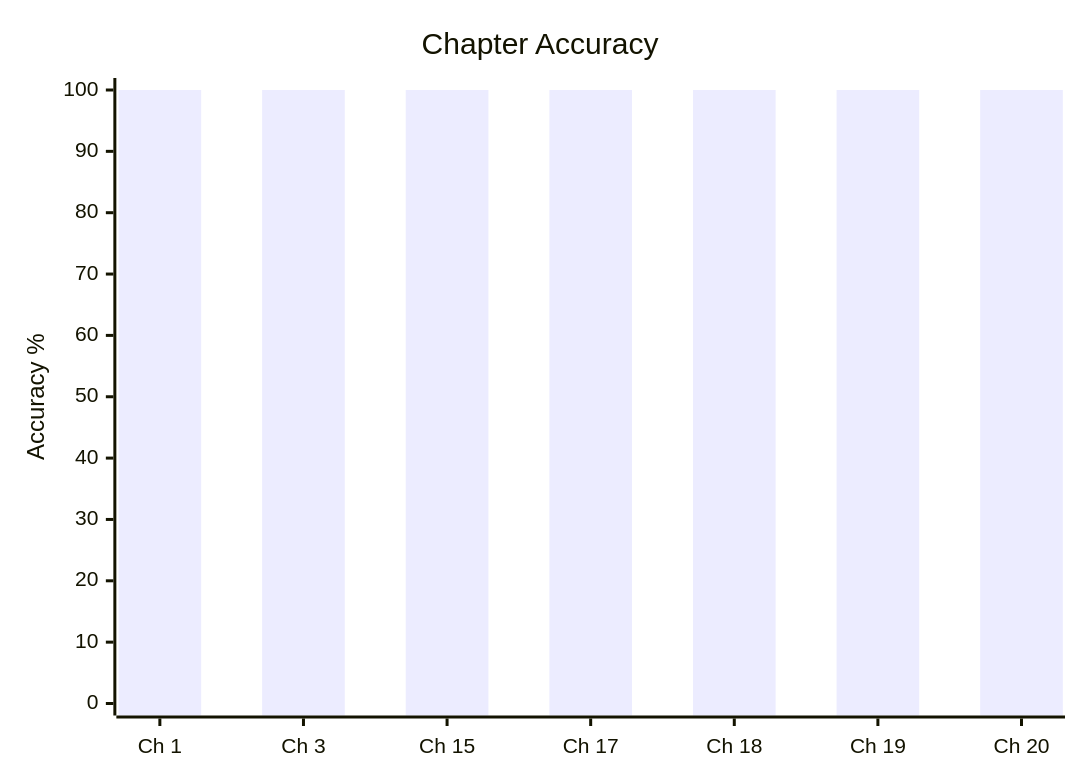
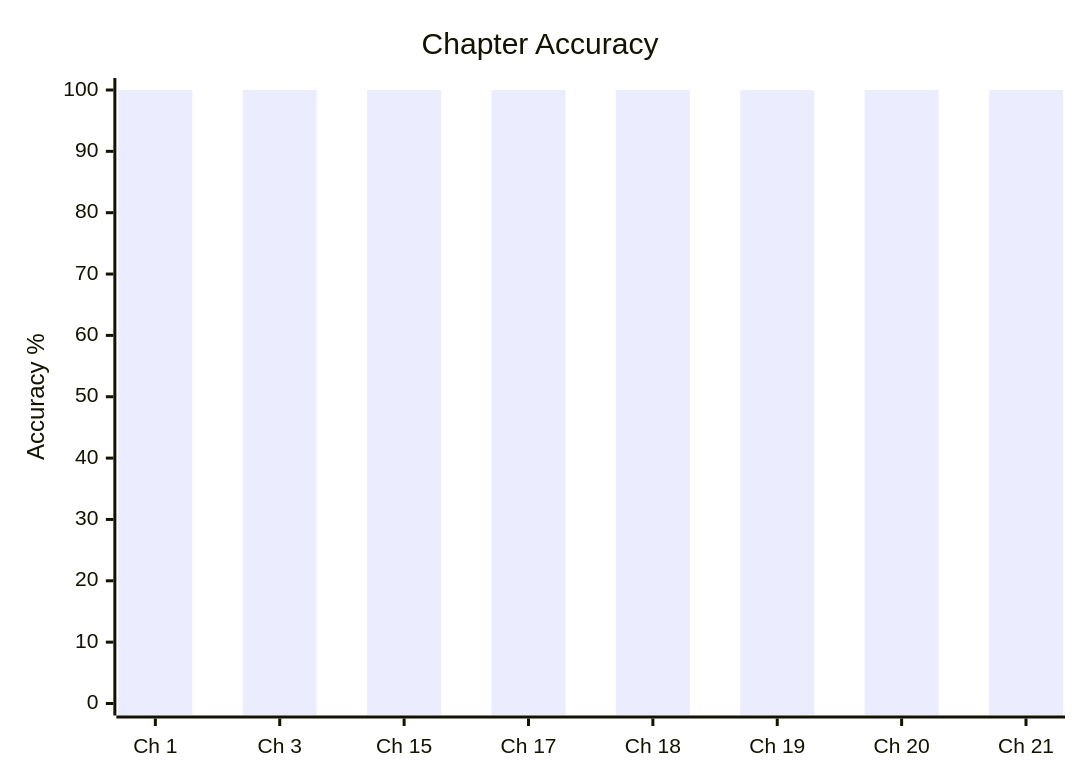
One commit to skc-coder/SAGE changed the first of 2 diagrams in content/cds/math/math_overview.md. Above: the diagram before and after it, drawn with Mermaid. The commit also changed other lines of this file and 18 other files, not shown here.

````diff
--- a/content/cds/math/math_overview.md
+++ b/content/cds/math/math_overview.md
@@ -22,7 +24,7 @@
 ```mermaid
 xychart-beta
     title "Chapter Accuracy"
-    x-axis ["Ch 1", "Ch 3", "Ch 15", "Ch 17", "Ch 18", "Ch 19", "Ch 20"]
+    x-axis ["Ch 1", "Ch 3", "Ch 15", "Ch 17", "Ch 18", "Ch 19", "Ch 20", "Ch 21"]
     y-axis "Accuracy %" 0 --> 100
-    bar [100, 100, 100, 100, 100, 100, 100]
+    bar [100, 100, 100, 100, 100, 100, 100, 100]
 ```
````
